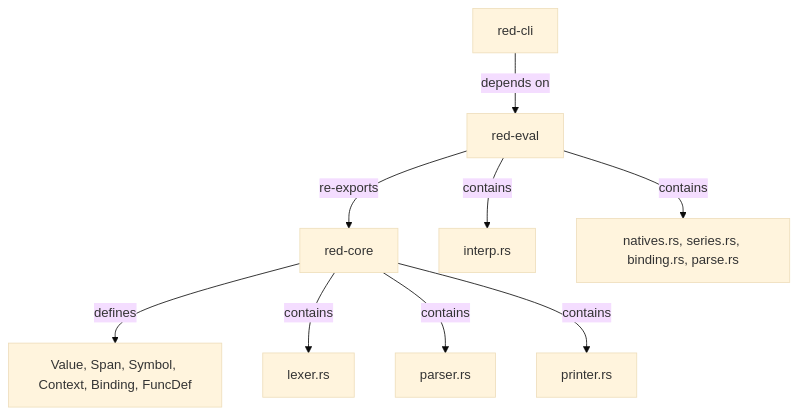
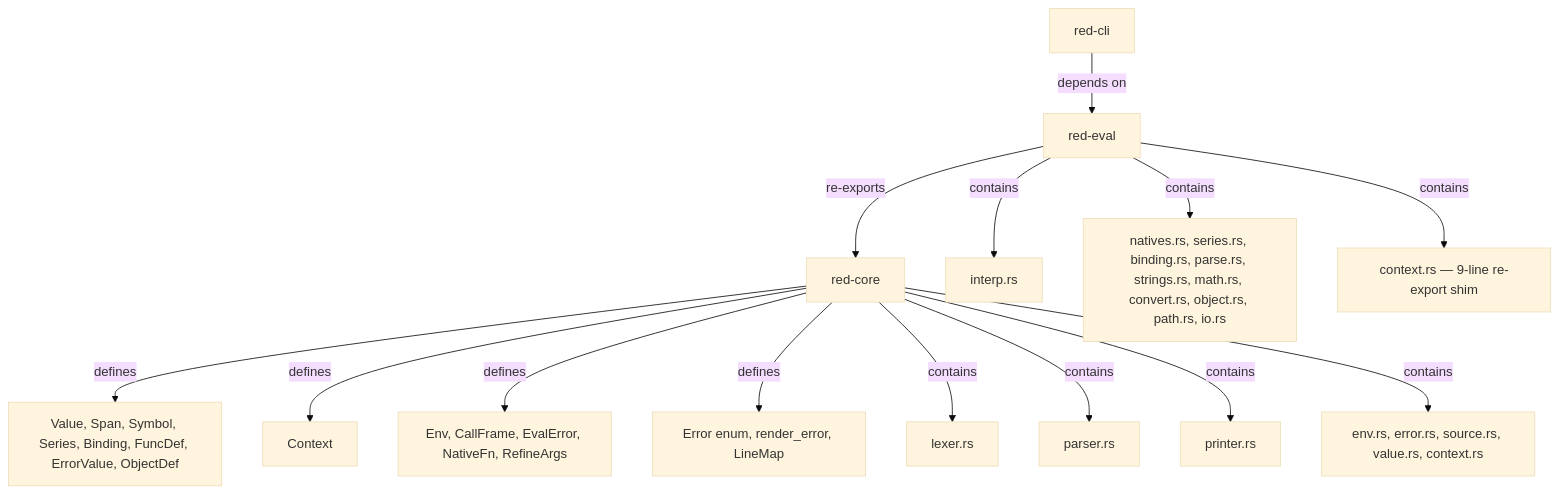
The second of 2 diagrams in architecture.md (mhs/rebol-clone-glm-5.2), drawn with Mermaid (base theme) before and after one commit. The commit also changed other lines of this file and 1 other file, not shown here.

First line of the commit message:
docs: sync architecture & brief with v0.2 ground truth

````diff
--- a/architecture.md
+++ b/architecture.md
@@ -25,11 +25,16 @@
 ```mermaid
 flowchart TD
-  RC[red-core] -->|defines| V[Value, Span, Symbol, Context, Binding, FuncDef]
+  RC[red-core] -->|defines| V[Value, Span, Symbol, Series, Binding, FuncDef, ErrorValue, ObjectDef]
+  RC -->|defines| CTX[Context]
+  RC -->|defines| ENV[Env, CallFrame, EvalError, NativeFn, RefineArgs]
+  RC -->|defines| ERR[Error enum, render_error, LineMap]
   RC -->|contains| L[lexer.rs]
   RC -->|contains| P[parser.rs]
   RC -->|contains| PR[printer.rs]
+  RC -->|contains| E2[env.rs, error.rs, source.rs, value.rs, context.rs]
   RE[red-eval] -->|re-exports| RC
   RE -->|contains| I[interp.rs]
-  RE -->|contains| N[natives.rs, series.rs, binding.rs, parse.rs]
+  RE -->|contains| N[natives.rs, series.rs, binding.rs, parse.rs, strings.rs, math.rs, convert.rs, object.rs, path.rs, io.rs]
+  RE -->|contains| CR[context.rs — 9-line re-export shim]
   CLI[red-cli] -->|depends on| RE
 ```
````
